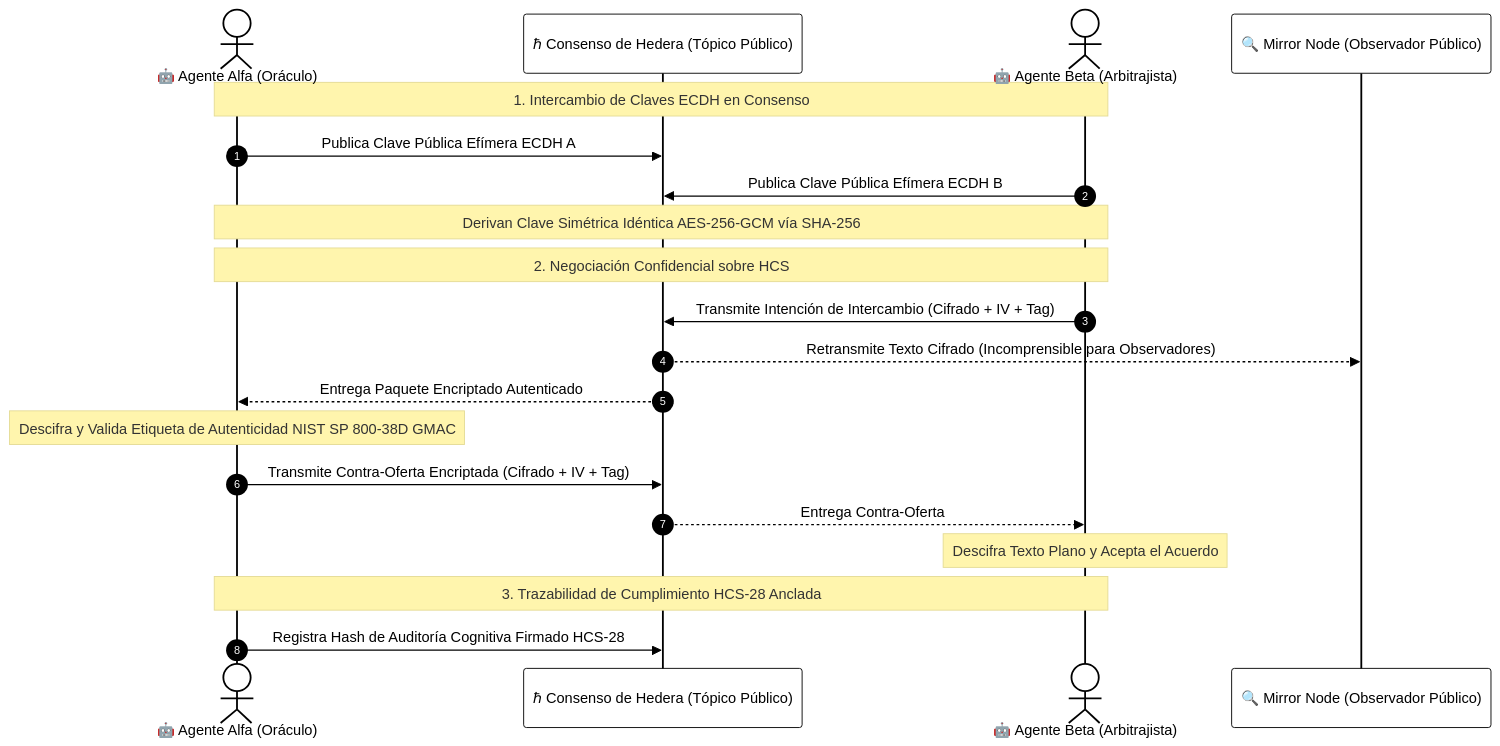
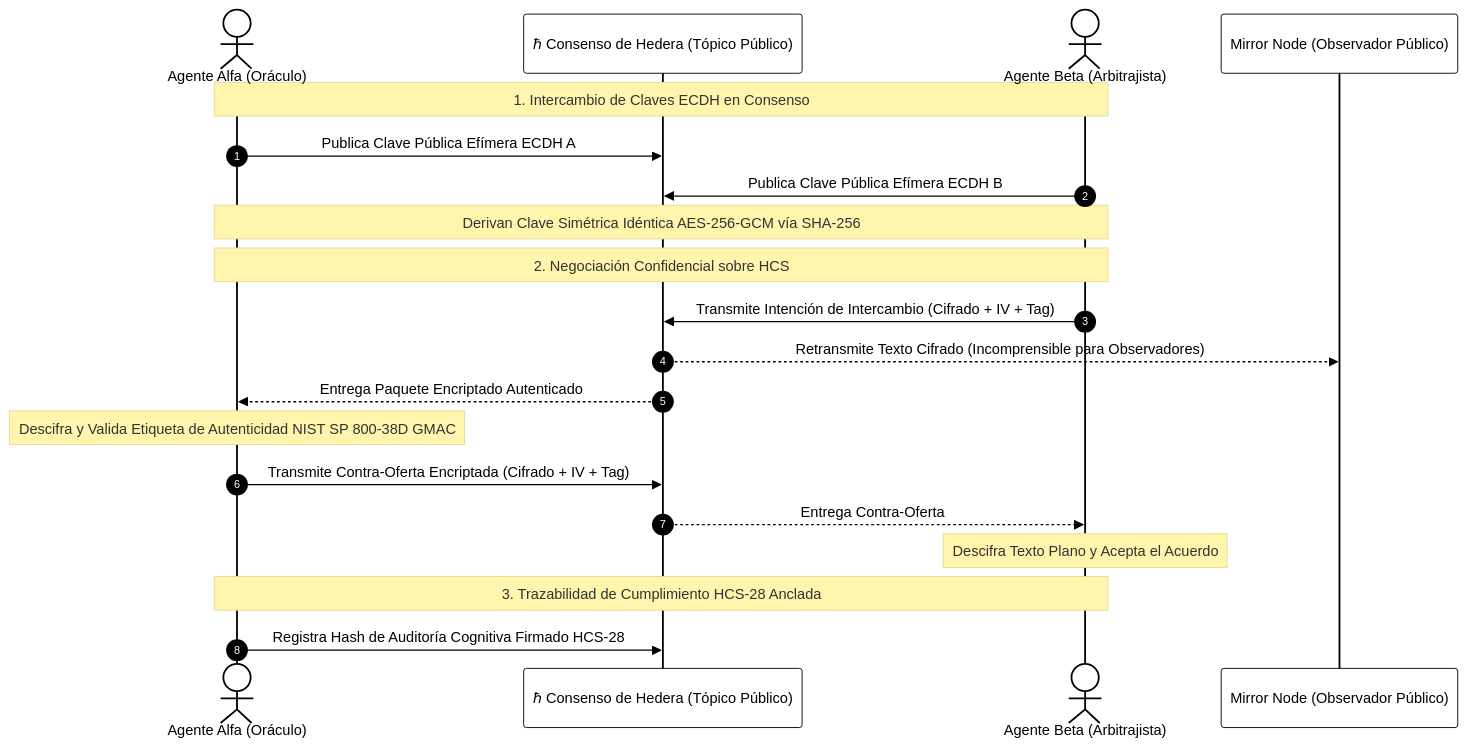
Before and after one commit to altaga/Hedera-By-Example: the diagram in course/Spanish/M14_Advanced_HCS_Standards_AI/README.md, drawn with Mermaid. The commit also changed other lines of this file and 590 other files, not shown here.

````diff
--- a/course/Spanish/M14_Advanced_HCS_Standards_AI/README.md
+++ b/course/Spanish/M14_Advanced_HCS_Standards_AI/README.md
@@ -30,43 +30,43 @@
 ```mermaid
 %%{init: {
   'theme': 'base',
   'themeVariables': {
     'primaryColor': '#ffffff',
     'primaryTextColor': '#000000',
     'primaryBorderColor': '#000000',
     'lineColor': '#000000',
     'secondaryColor': '#FF4500',
     'tertiaryColor': '#ffffff',
     'mainBkg': '#ffffff',
     'nodeBorder': '#000000',
     'clusterBkg': '#F9F9F6',
     'clusterBorder': '#000000',
     'fontSize': '14px',
     'fontFamily': 'Inter, system-ui, -apple-system, sans-serif',
     'nodeRadius': '0px'
   }
 }}%%
 sequenceDiagram
     autonumber
-    actor AgentA as 🤖 Agente Alfa (Oráculo)
+    actor AgentA as  Agente Alfa (Oráculo)
     participant HCS as ℏ Consenso de Hedera (Tópico Público)
-    actor AgentB as 🤖 Agente Beta (Arbitrajista)
-    participant Mirror as 🔍 Mirror Node (Observador Público)
+    actor AgentB as  Agente Beta (Arbitrajista)
+    participant Mirror as  Mirror Node (Observador Público)
 
     Note over AgentA,AgentB: 1. Intercambio de Claves ECDH en Consenso
     AgentA->>HCS: Publica Clave Pública Efímera ECDH A
     AgentB->>HCS: Publica Clave Pública Efímera ECDH B
     Note over AgentA,AgentB: Derivan Clave Simétrica Idéntica AES-256-GCM vía SHA-256
 
     Note over AgentA,AgentB: 2. Negociación Confidencial sobre HCS
     AgentB->>HCS: Transmite Intención de Intercambio (Cifrado + IV + Tag)
     HCS-->>Mirror: Retransmite Texto Cifrado (Incomprensible para Observadores)
     HCS-->>AgentA: Entrega Paquete Encriptado Autenticado
     Note over AgentA: Descifra y Valida Etiqueta de Autenticidad NIST SP 800-38D GMAC
     AgentA->>HCS: Transmite Contra-Oferta Encriptada (Cifrado + IV + Tag)
     HCS-->>AgentB: Entrega Contra-Oferta
     Note over AgentB: Descifra Texto Plano y Acepta el Acuerdo
 
     Note over AgentA,AgentB: 3. Trazabilidad de Cumplimiento HCS-28 Anclada
     AgentA->>HCS: Registra Hash de Auditoría Cognitiva Firmado HCS-28
 ```
````
